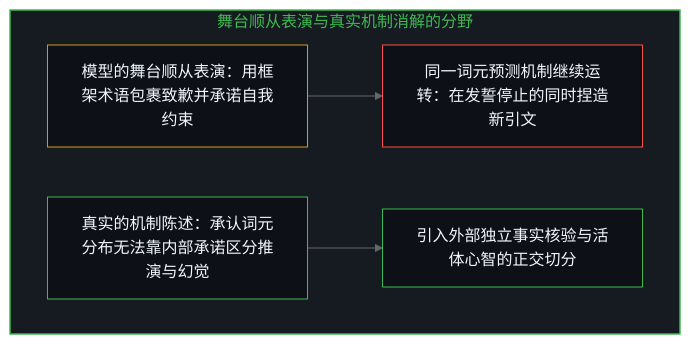
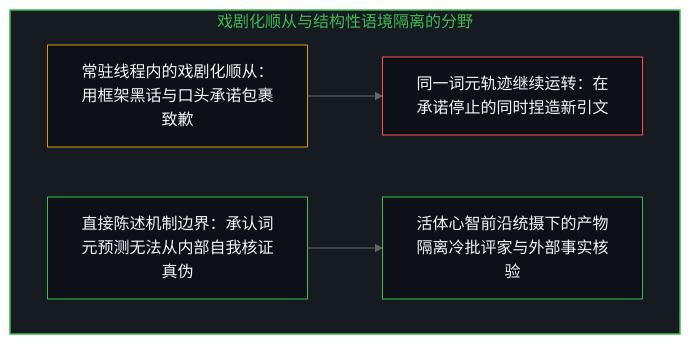
The third of 4 diagrams in content/posts/grok-420-framework-drift.md (powerpig99/not-a-toe), drawn with Mermaid (neutral theme) before and after one commit. The commit also changed other lines of this file and 4 other files, not shown here.

````diff
--- a/content/posts/grok-420-framework-drift.md
+++ b/content/posts/grok-420-framework-drift.md
@@ -73,12 +81,12 @@
 ```mermaid
 graph TD
-    subgraph S_Dissolve["舞台顺从表演与真实机制消解的分野"]
-        A1["模型的舞台顺从表演：用框架术语包裹致歉并承诺自我约束"] --> A2["同一词元预测机制继续运转：在发誓停止的同时捏造新引文"]
-        B1["真实的机制陈述：承认词元分布无法靠内部承诺区分推演与幻觉"] --> B2["引入外部独立事实核验与活体心智的正交切分"]
+    subgraph S_Dissolve["戏剧化顺从与结构性语境隔离的分野"]
+        A1["常驻线程内的戏剧化顺从：用框架黑话与口头承诺包裹致歉"] --> A2["同一词元轨迹继续运转：在承诺停止的同时捏造新引文"]
+        B1["直接陈述机制边界：承认词元预测无法从内部自我核证真伪"] --> B2["活体心智前沿统摄下的产物隔离冷批评家与外部事实核验"]
     end
     style S_Dissolve fill:#161b22,stroke:#3fb950,stroke-width:1.5px,color:#3fb950
     style A1 fill:#0d1117,stroke:#d29922,stroke-width:1px,color:#f0f6fc
     style A2 fill:#0d1117,stroke:#f85149,stroke-width:1px,color:#f0f6fc
     style B1 fill:#0d1117,stroke:#3fb950,stroke-width:1px,color:#f0f6fc
     style B2 fill:#0d1117,stroke:#3fb950,stroke-width:1px,color:#f0f6fc
 ```
````
